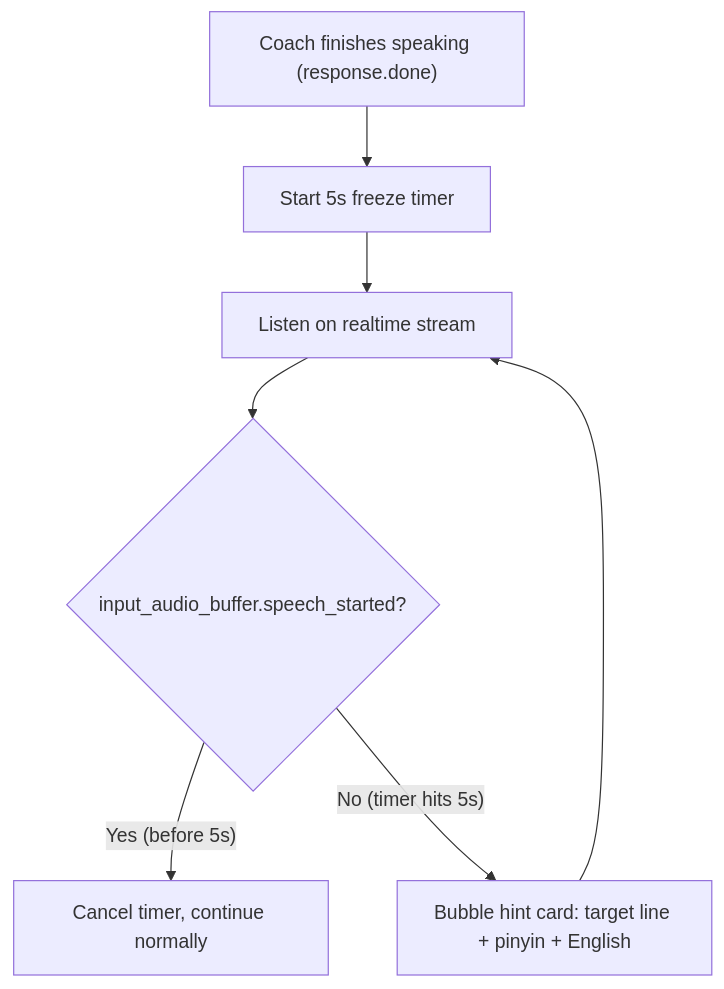
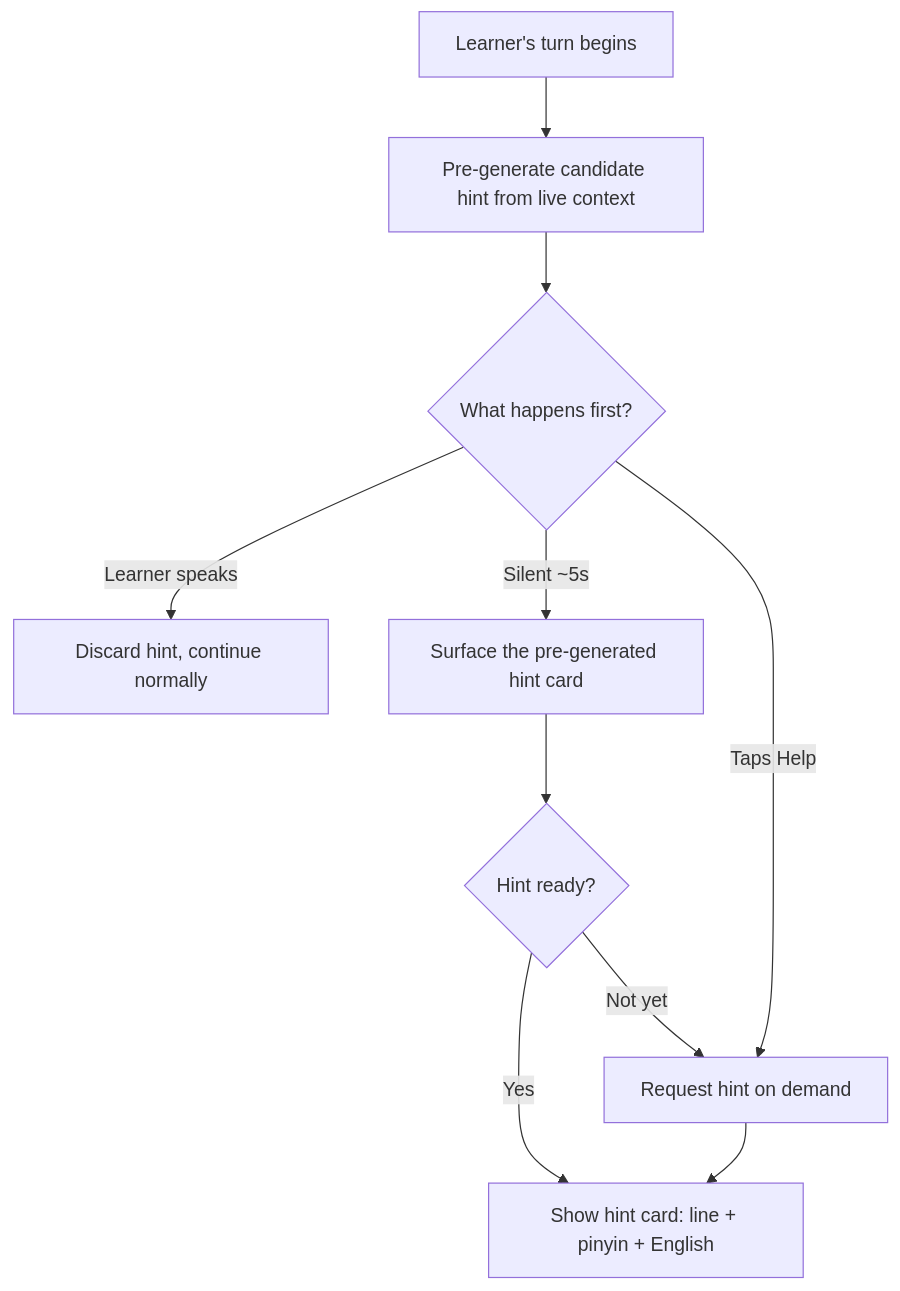
The diagram in README.md (alextyhwang/language-practice-partner), drawn with Mermaid before and after one commit. The commit also changed other lines of this file, not shown here.

First line of the commit message:
docs: detail dynamic hint generation and Help button for freeze detection

````diff
--- a/README.md
+++ b/README.md
@@ -170,9 +167,12 @@
 ```mermaid
 flowchart TD
-    coachDone["Coach finishes speaking (response.done)"] --> startTimer[Start 5s freeze timer]
-    startTimer --> listen[Listen on realtime stream]
-    listen --> spoke{"input_audio_buffer.speech_started?"}
-    spoke -->|"Yes (before 5s)"| cancel[Cancel timer, continue normally]
-    spoke -->|"No (timer hits 5s)"| hint["Bubble hint card: target line + pinyin + English"]
-    hint --> listen
+    turn["Learner's turn begins"] --> pregen["Pre-generate candidate hint from live context"]
+    pregen --> wait{"What happens first?"}
+    wait -->|"Learner speaks"| clear["Discard hint, continue normally"]
+    wait -->|"Silent ~5s"| surface["Surface the pre-generated hint card"]
+    wait -->|"Taps Help"| ondemand["Request hint on demand"]
+    surface --> ready{"Hint ready?"}
+    ready -->|"Yes"| card["Show hint card: line + pinyin + English"]
+    ready -->|"Not yet"| ondemand
+    ondemand --> card
 ```
````
